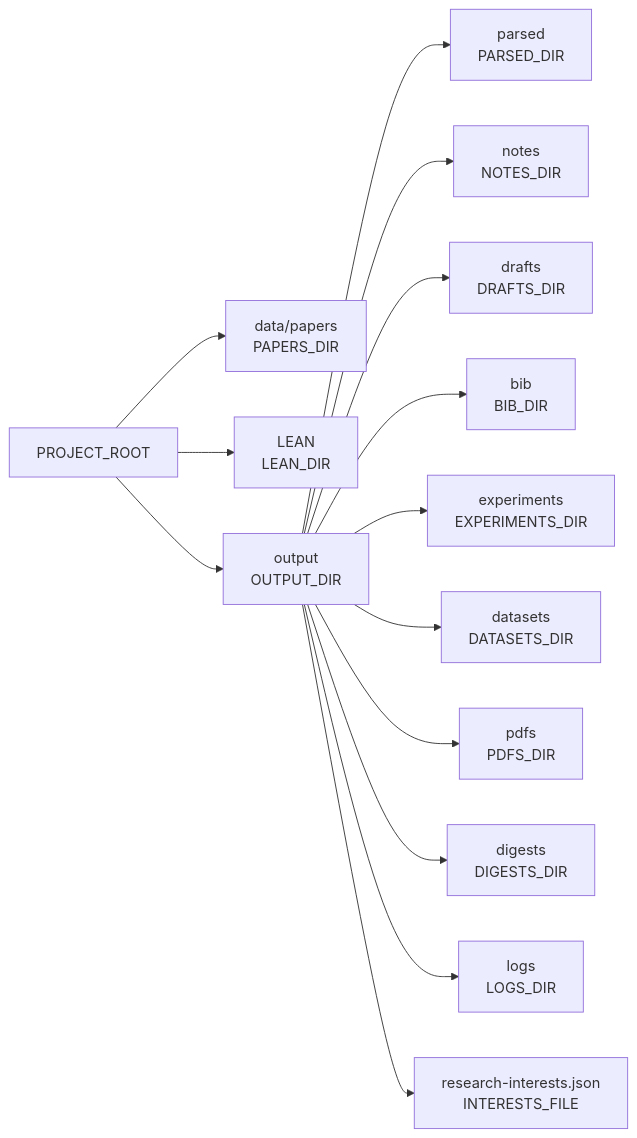
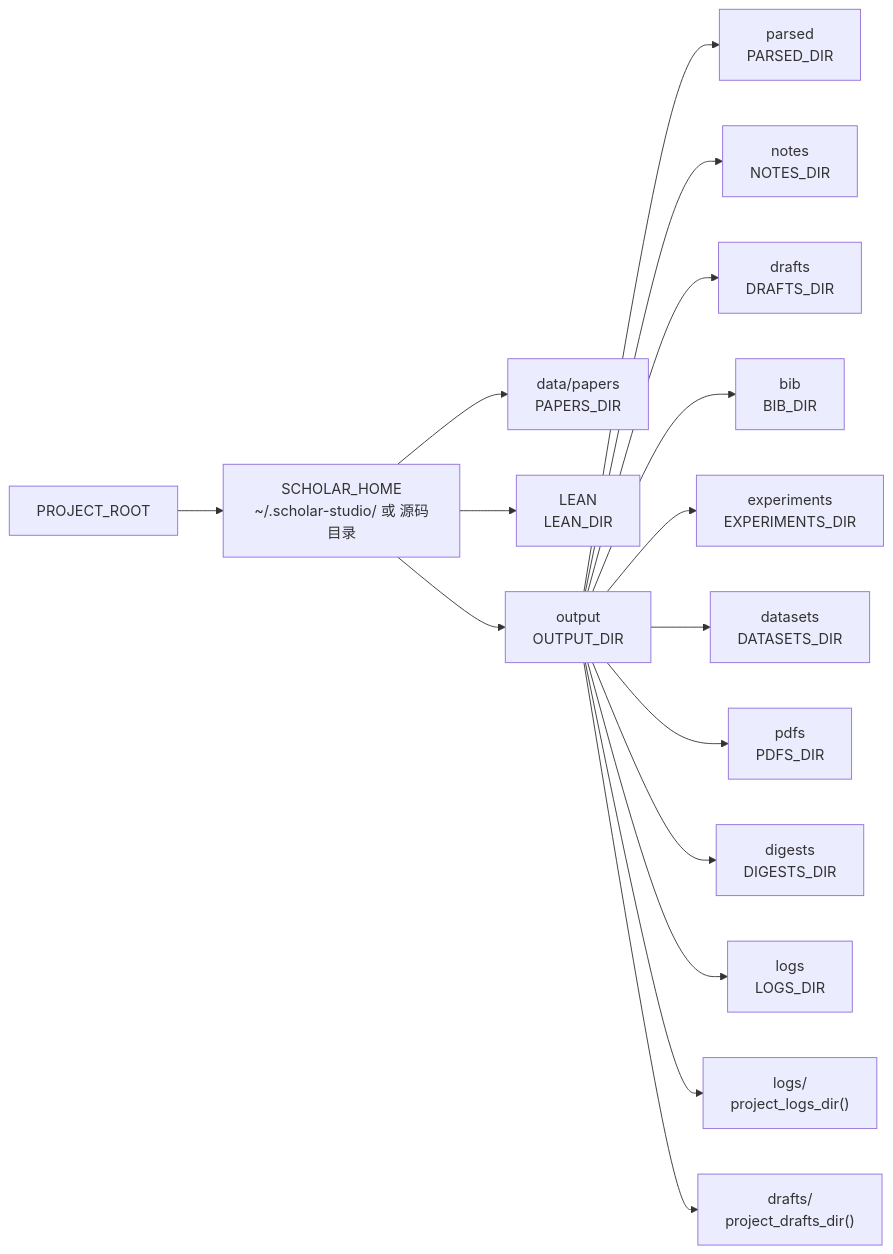
One commit to 1173591564/academic-based-qoder changed the fourth of 8 diagrams in .qoder/repowiki/zh/content/Python后端系统/配置管理系统.md. Above: the diagram before and after it, drawn with Mermaid. The commit also changed other lines of this file and 68 other files, not shown here.

````diff
--- a/.qoder/repowiki/zh/content/Python后端系统/配置管理系统.md
+++ b/.qoder/repowiki/zh/content/Python后端系统/配置管理系统.md
@@ -163,16 +203,18 @@
 ```mermaid
 graph LR
-ROOT["PROJECT_ROOT"] --> DATA["data/papers<br/>PAPERS_DIR"]
-ROOT --> LEAN["LEAN<br/>LEAN_DIR"]
-ROOT --> OUT["output<br/>OUTPUT_DIR"]
+ROOT["PROJECT_ROOT"] --> HOME["SCHOLAR_HOME<br/>~/.scholar-studio/ 或 源码目录"]
+HOME --> DATA["data/papers<br/>PAPERS_DIR"]
+HOME --> LEAN["LEAN<br/>LEAN_DIR"]
+HOME --> OUT["output<br/>OUTPUT_DIR"]
 OUT --> PARSED["parsed<br/>PARSED_DIR"]
 OUT --> NOTES["notes<br/>NOTES_DIR"]
 OUT --> DRAFTS["drafts<br/>DRAFTS_DIR"]
 OUT --> BIB["bib<br/>BIB_DIR"]
 OUT --> EXP["experiments<br/>EXPERIMENTS_DIR"]
 OUT --> DS["datasets<br/>DATASETS_DIR"]
 OUT --> PDF["pdfs<br/>PDFS_DIR"]
 OUT --> DG["digests<br/>DIGESTS_DIR"]
-OUT --> LOG["logs<br/>LOGS_DIR"]
-OUT --> INT["research-interests.json<br/>INTERESTS_FILE"]
+OUT --> LOGS["logs<br/>LOGS_DIR"]
+OUT --> PROJ_LOGS["logs/<project><br/>project_logs_dir()"]
+OUT --> PROJ_DRAFTS["drafts/<project><br/>project_drafts_dir()"]
 ```
````
